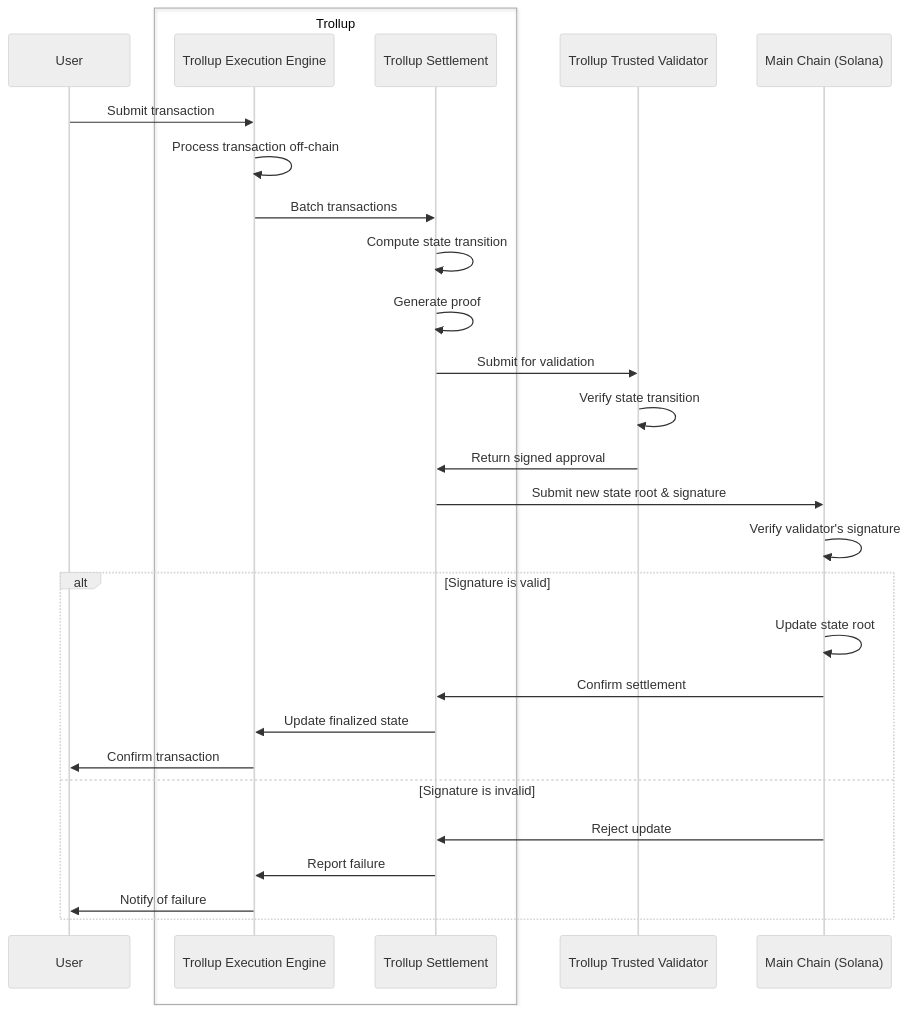
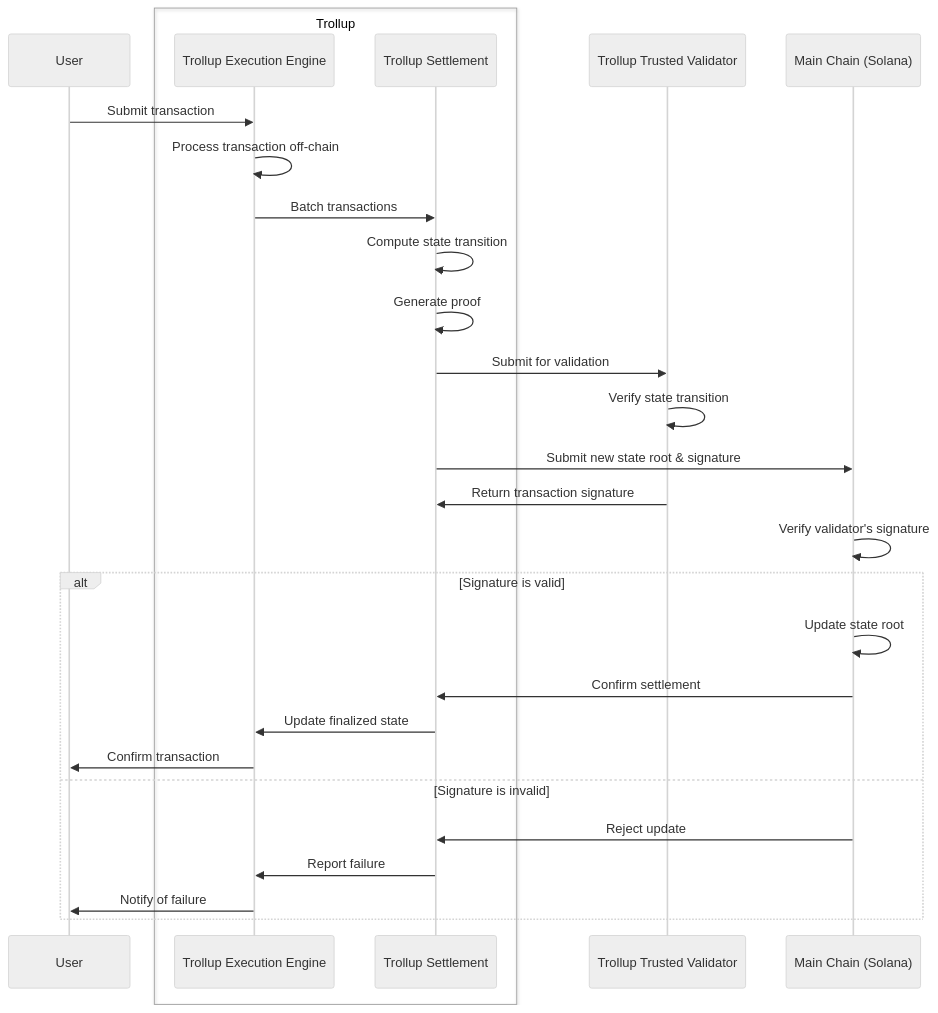
Before and after one commit to wkennedy/trollup: the third of 3 diagrams in README.md, drawn with Mermaid (neutral theme).

Commit message:
Update transaction signature return in README diagram
This commit updates the sequence diagram in the README file to clarify the step where the validator returns the transaction signature to the settlement. The previous description was misleading as it mentioned a 'signed approval' instead. This change improves accuracy and ensures clear understanding of the process.

````diff
--- a/README.md
+++ b/README.md
@@ -72,31 +72,31 @@
 ```mermaid
 sequenceDiagram
     participant User
     box Trollup
         participant Rollup as Trollup Execution Engine
         participant Settlement as Trollup Settlement
     end
     participant Validator as Trollup Trusted Validator
     participant MainChain as Main Chain (Solana)
 
     User->>Rollup: Submit transaction
     Rollup->>Rollup: Process transaction off-chain
     Rollup->>Settlement: Batch transactions
     Settlement->>Settlement: Compute state transition
     Settlement->>Settlement: Generate proof
     Settlement->>Validator: Submit for validation
     Validator->>Validator: Verify state transition
-    Validator->>Settlement: Return signed approval
     Settlement->>MainChain: Submit new state root & signature
+    Validator->>Settlement: Return transaction signature
     MainChain->>MainChain: Verify validator's signature
     alt Signature is valid
         MainChain->>MainChain: Update state root
         MainChain->>Settlement: Confirm settlement
         Settlement->>Rollup: Update finalized state
         Rollup->>User: Confirm transaction
     else Signature is invalid
         MainChain->>Settlement: Reject update
         Settlement->>Rollup: Report failure
         Rollup->>User: Notify of failure
     end
 ```
````
